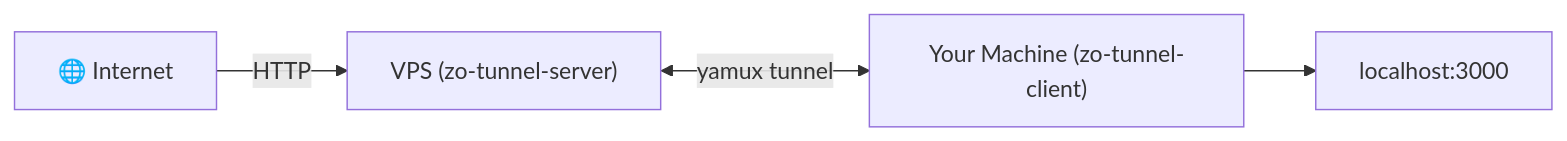
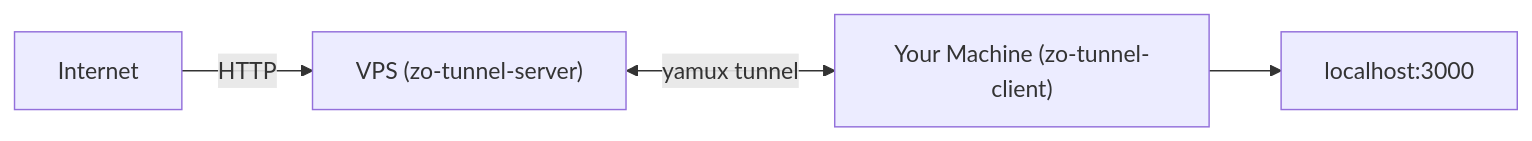
Before and after one commit to Zobite/zo-tunnel: the first of 4 diagrams in README.md, drawn with Mermaid. The commit also changed other lines of this file and 17 other files, not shown here.

````diff
--- a/README.md
+++ b/README.md
@@ -8,6 +10,6 @@
 ```mermaid
 flowchart LR
-    A["🌐 Internet"] -->|HTTP| B["VPS (zo-tunnel-server)"]
+    A["Internet"] -->|HTTP| B["VPS (zo-tunnel-server)"]
     B <-->|yamux tunnel| C["Your Machine (zo-tunnel-client)"]
     C --> D["localhost:3000"]
 ```
````
